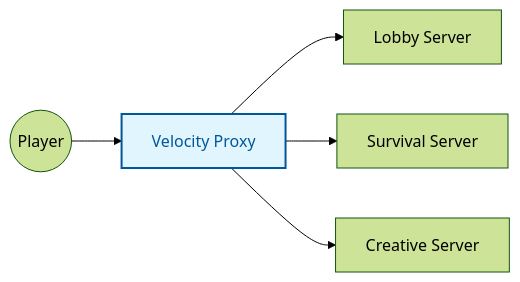
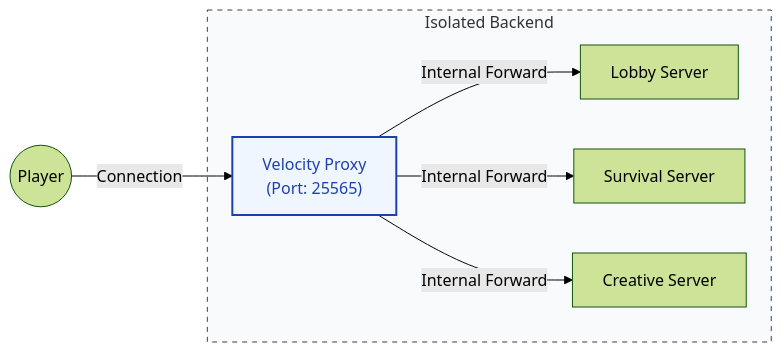
The diagram in docs/source/networking.rst (Earth1283/OpenWiki), drawn with Mermaid (forest theme) before and after one commit. The commit also changed 5 other files, not shown here.

Commit message:
added more mermaids

```diff
--- a/docs/source/networking.rst
+++ b/docs/source/networking.rst
@@ -11,9 +11,13 @@
 .. mermaid::
 
    graph LR
-       Player((Player)) --> Proxy[Velocity Proxy]
-       Proxy --> Lobby[Lobby Server]
-       Proxy --> Survival[Survival Server]
-       Proxy --> Creative[Creative Server]
+       Player((Player)) -- Connection --> Proxy["Velocity Proxy<br/>(Port: 25565)"]
        
-       style Proxy fill:#e1f5fe,stroke:#01579b,stroke-width:2px,color:#01579b
+       subgraph Backend_Network [Isolated Backend]
+           Proxy -- "Internal Forward" --> Lobby[Lobby Server]
+           Proxy -- "Internal Forward" --> Survival[Survival Server]
+           Proxy -- "Internal Forward" --> Creative[Creative Server]
+       end
+       
+       style Proxy fill:#eff6ff,stroke:#1e40af,stroke-width:2px,color:#1e40af
+       style Backend_Network fill:#f9fafb,stroke:#374151,stroke-dasharray: 5 5
```
